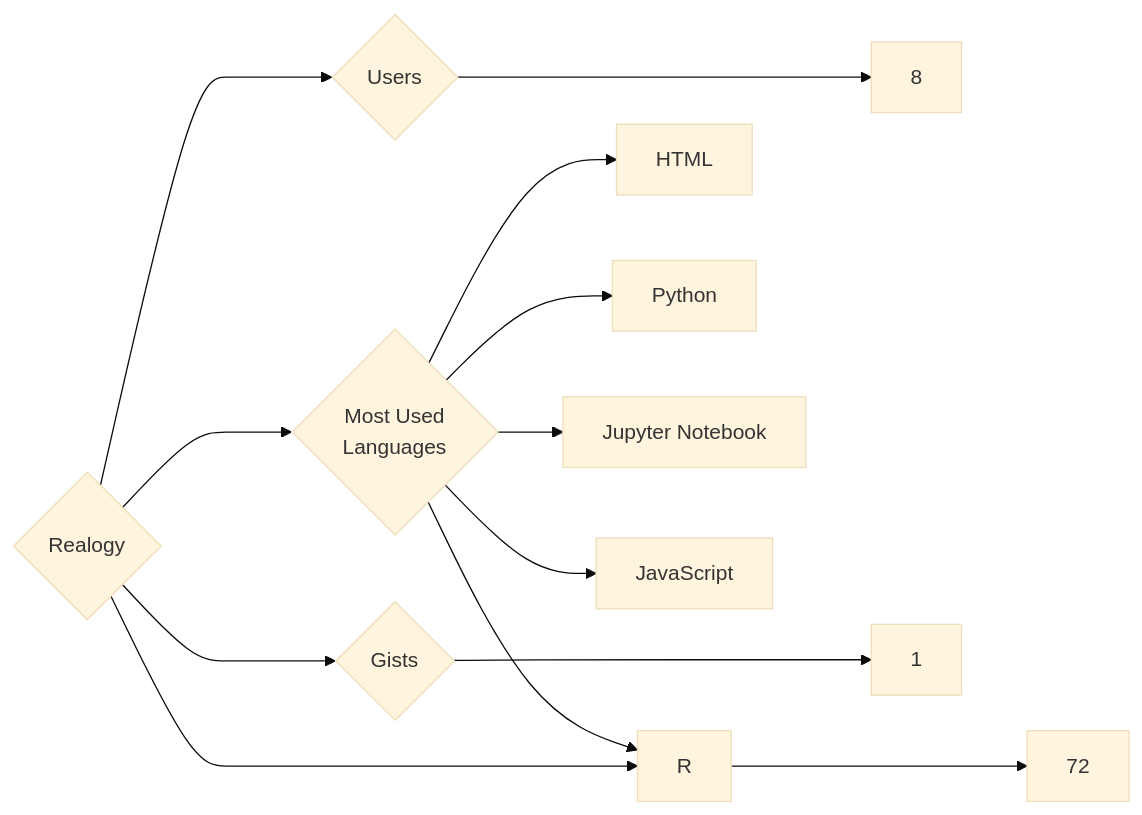
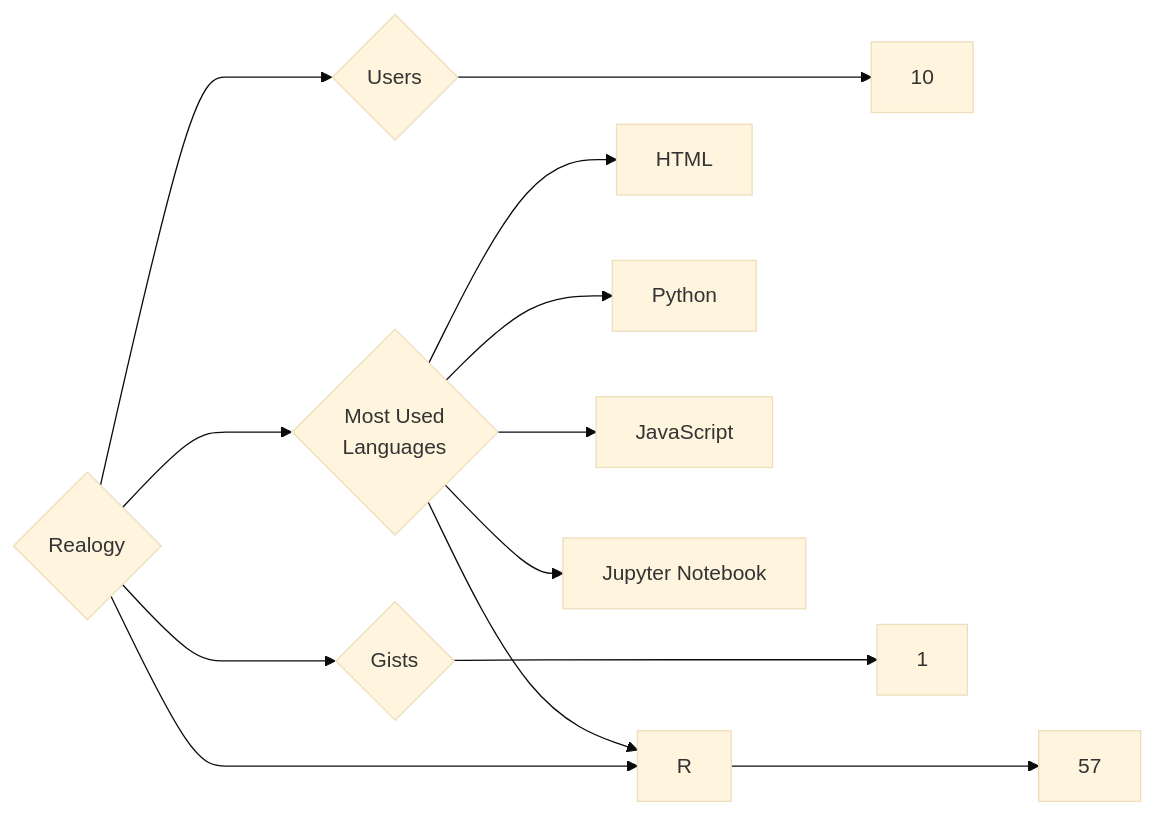
The diagram in targets/Realogy/README.md (trickest/insiders), drawn with Mermaid (base theme) before and after one commit. The commit also changed 681 other files, not shown here.

````diff
--- a/targets/Realogy/README.md
+++ b/targets/Realogy/README.md
@@ -3,13 +3,13 @@
 ```mermaid
 graph LR
 COMPANY_NAME{Realogy}
-COMPANY_NAME ---> U{Users} ---> UN[8]
-COMPANY_NAME ---> R{Repositories} ---> RN[72]
+COMPANY_NAME ---> U{Users} ---> UN[10]
+COMPANY_NAME ---> R{Repositories} ---> RN[57]
 COMPANY_NAME ---> G{Gists} ---> GN[1]
 COMPANY_NAME ---> ML{Most Used<br>Languages}
 ML --> HTML[HTML]
 ML --> Python[Python]
+ML --> JavaScript[JavaScript]
 ML --> Jupyter_Notebook[Jupyter Notebook]
 ML --> R[R]
-ML --> JavaScript[JavaScript]
 ```
````
